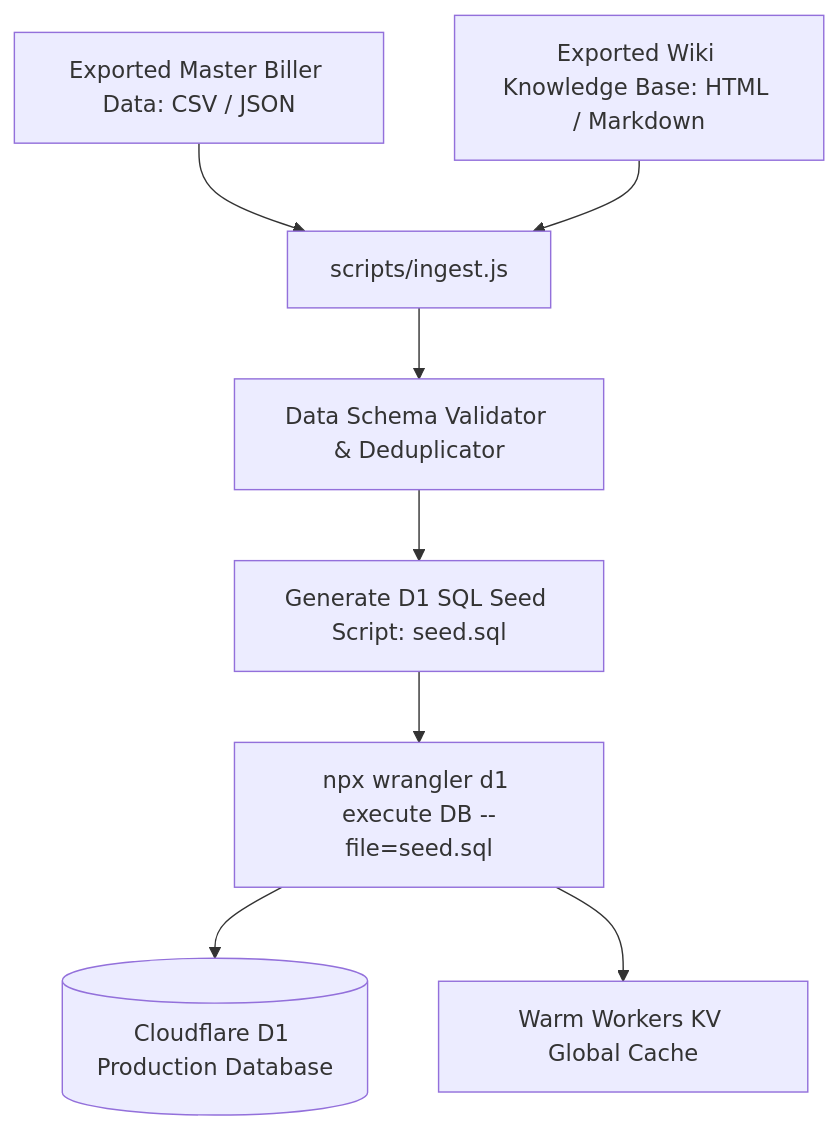
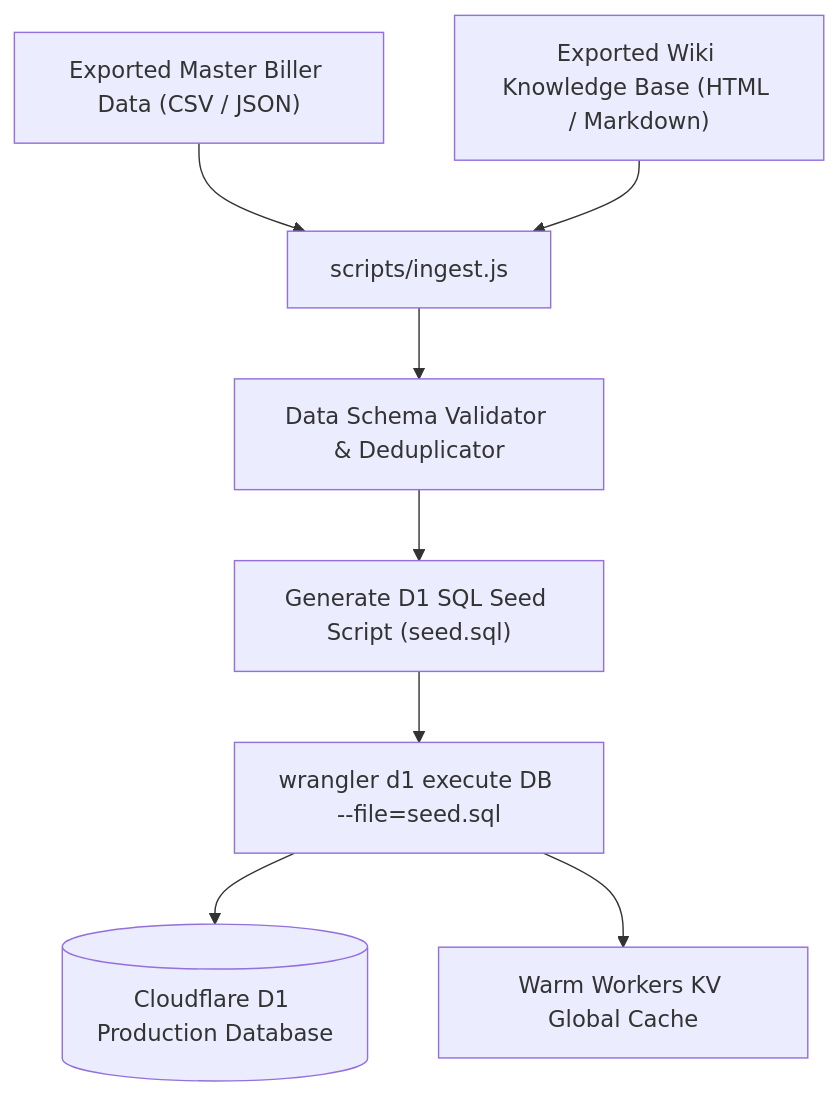
The fifth of 8 diagrams in synced-docs/cf-admin/documentation/archive/DO NOT SCAN!/CLOUDFLARE_PROD_DEPLOYMENT_PLAN.md (Harshil8136/chess-game1), drawn with Mermaid before and after one commit. The commit also changed other lines of this file and 4 other files, not shown here.

````diff
--- a/synced-docs/cf-admin/documentation/archive/DO NOT SCAN!/CLOUDFLARE_PROD_DEPLOYMENT_PLAN.md
+++ b/synced-docs/cf-admin/documentation/archive/DO NOT SCAN!/CLOUDFLARE_PROD_DEPLOYMENT_PLAN.md
@@ -152,11 +152,11 @@
 ```mermaid
 flowchart TD
-    GDoc[Exported Master Biller Data: CSV / JSON] --> IngestScript[scripts/ingest.js]
-    Conf[Exported Wiki Knowledge Base: HTML / Markdown] --> IngestScript
+    GDoc["Exported Master Biller Data (CSV / JSON)"] --> IngestScript["scripts/ingest.js"]
+    Conf["Exported Wiki Knowledge Base (HTML / Markdown)"] --> IngestScript
     
-    IngestScript --> Validator[Data Schema Validator & Deduplicator]
-    Validator --> NormalizedSQL[Generate D1 SQL Seed Script: seed.sql]
-    NormalizedSQL --> D1Deploy[npx wrangler d1 execute DB --file=seed.sql]
-    D1Deploy --> D1[(Cloudflare D1 Production Database)]
-    D1Deploy --> KVWarm[Warm Workers KV Global Cache]
+    IngestScript --> Validator["Data Schema Validator & Deduplicator"]
+    Validator --> NormalizedSQL["Generate D1 SQL Seed Script (seed.sql)"]
+    NormalizedSQL --> D1Deploy["wrangler d1 execute DB --file=seed.sql"]
+    D1Deploy --> D1[("Cloudflare D1 Production Database")]
+    D1Deploy --> KVWarm["Warm Workers KV Global Cache"]
 ```
````
